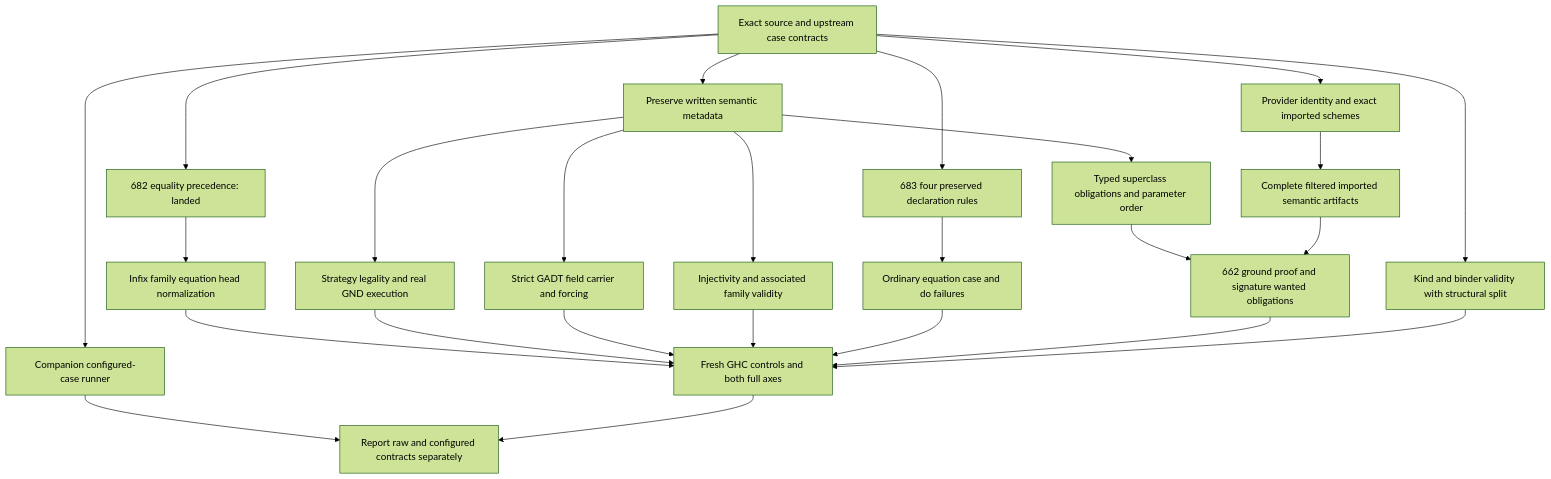
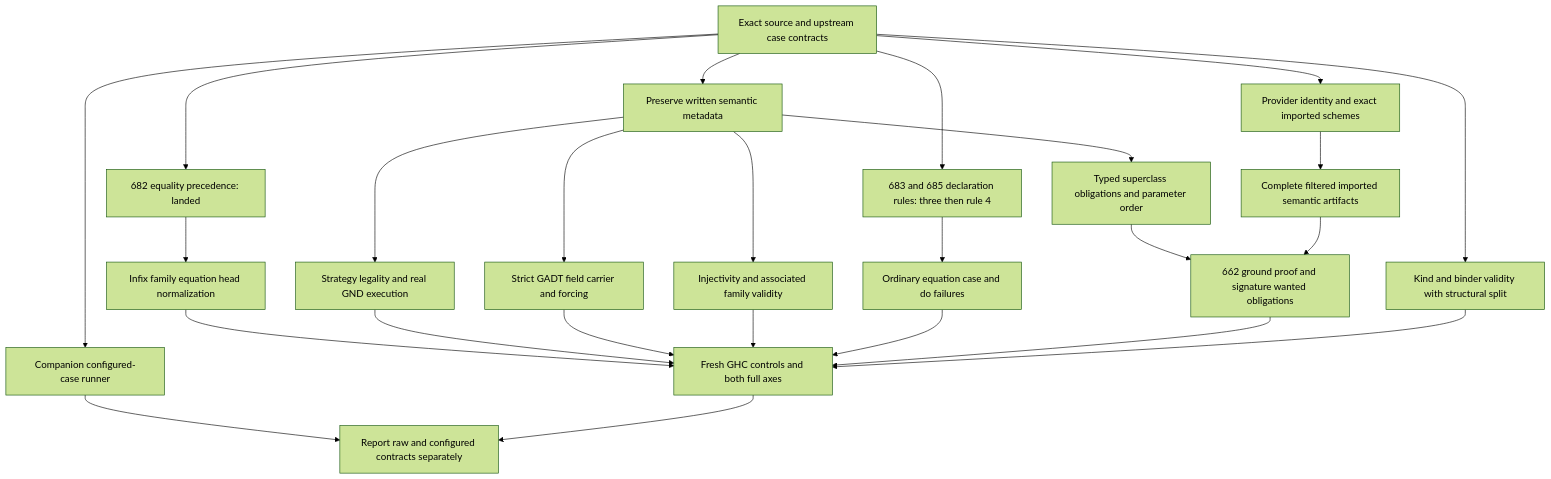
One commit to loveJesus/haskelujah-chirho changed the diagram in spec-chirho/tasklists-chirho/parity-lanes-chirho/26-10-30-chirho/26-10-30_06-53-tasklist-corpus_frontier_closure-chirho.md. Above: the diagram before and after it, drawn with Mermaid (forest theme). The commit also changed other lines of this file and 2 other files, not shown here.

````diff
--- a/spec-chirho/tasklists-chirho/parity-lanes-chirho/26-10-30-chirho/26-10-30_06-53-tasklist-corpus_frontier_closure-chirho.md
+++ b/spec-chirho/tasklists-chirho/parity-lanes-chirho/26-10-30-chirho/26-10-30_06-53-tasklist-corpus_frontier_closure-chirho.md
@@ -41,27 +41,27 @@
 ```mermaid
 flowchart TD
     contracts_chirho[Exact source and upstream case contracts] --> configured_chirho[Companion configured-case runner]
     contracts_chirho --> equality_chirho[682 equality precedence: landed]
-    contracts_chirho --> validity_chirho[683 four preserved declaration rules]
+    contracts_chirho --> validity_chirho[683 and 685 declaration rules: three then rule 4]
     equality_chirho --> family_heads_chirho[Infix family equation head normalization]
     contracts_chirho --> providers_chirho[Provider identity and exact imported schemes]
     contracts_chirho --> metadata_chirho[Preserve written semantic metadata]
     metadata_chirho --> deriving_chirho[Strategy legality and real GND execution]
     metadata_chirho --> strictness_chirho[Strict GADT field carrier and forcing]
     metadata_chirho --> families_chirho[Injectivity and associated family validity]
     metadata_chirho --> superclasses_chirho[Typed superclass obligations and parameter order]
     validity_chirho --> ordinary_chirho[Ordinary equation case and do failures]
     providers_chirho --> imported_chirho[Complete filtered imported semantic artifacts]
     superclasses_chirho --> ground_chirho[662 ground proof and signature wanted obligations]
     imported_chirho --> ground_chirho
     contracts_chirho --> kinds_chirho[Kind and binder validity with structural split]
     family_heads_chirho --> gate_chirho[Fresh GHC controls and both full axes]
     deriving_chirho --> gate_chirho
     strictness_chirho --> gate_chirho
     families_chirho --> gate_chirho
     ordinary_chirho --> gate_chirho
     ground_chirho --> gate_chirho
     kinds_chirho --> gate_chirho
     configured_chirho --> report_chirho[Report raw and configured contracts separately]
     gate_chirho --> report_chirho
 ```
````
